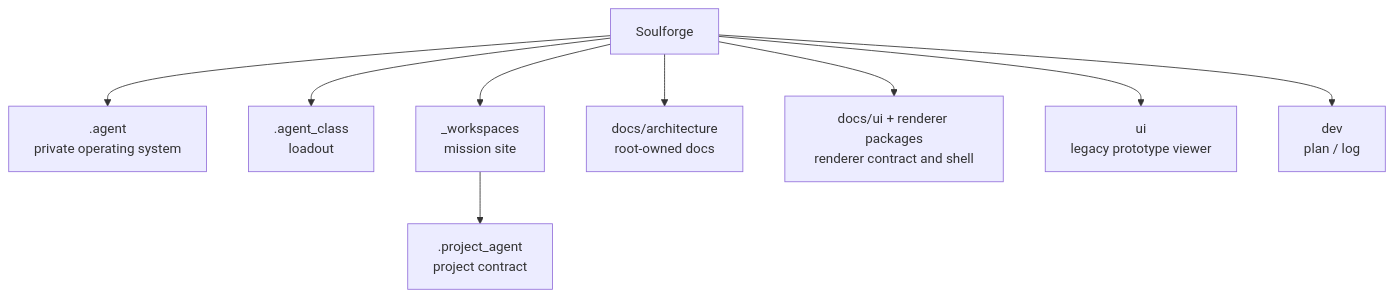
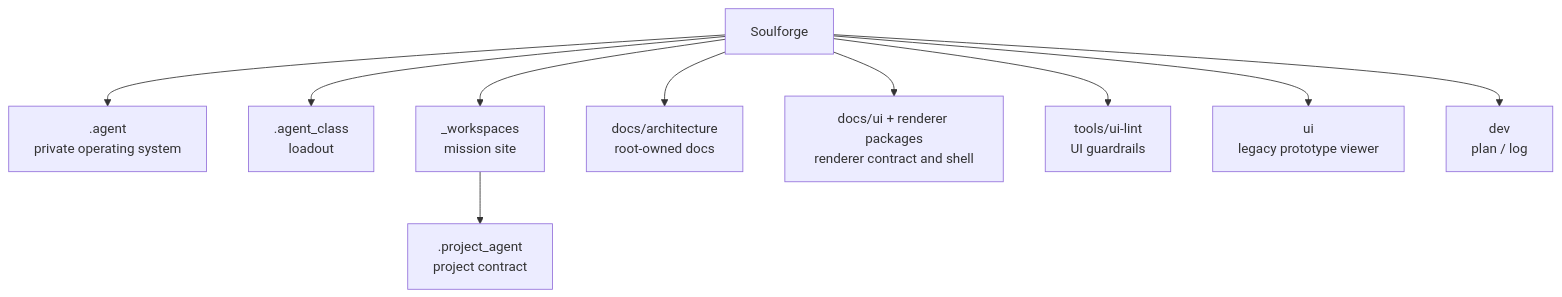
One commit to SungYongMOON/soulforge changed the diagram in README.md. Above: the diagram before and after it, drawn with Mermaid. The commit also changed other lines of this file and 23 other files, not shown here.

````diff
--- a/README.md
+++ b/README.md
@@ -13,11 +13,12 @@
 ```mermaid
 flowchart TD
   S["Soulforge"] --> B[".agent<br/>private operating system"]
   S --> C[".agent_class<br/>loadout"]
   S --> W["_workspaces<br/>mission site"]
   S --> D["docs/architecture<br/>root-owned docs"]
   S --> U["docs/ui + renderer packages<br/>renderer contract and shell"]
+  S --> T["tools/ui-lint<br/>UI guardrails"]
   S --> V2["ui<br/>legacy prototype viewer"]
   S --> V["dev<br/>plan / log"]
   W --> P[".project_agent<br/>project contract"]
 ```
````
